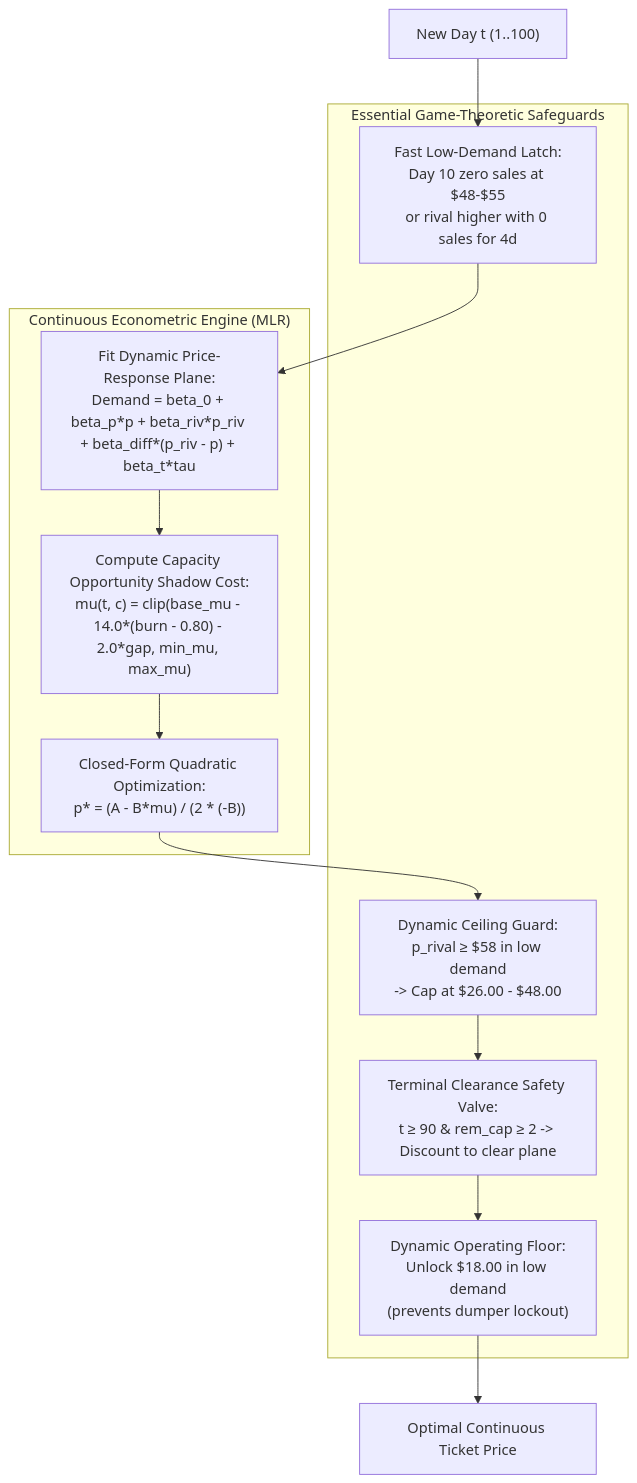
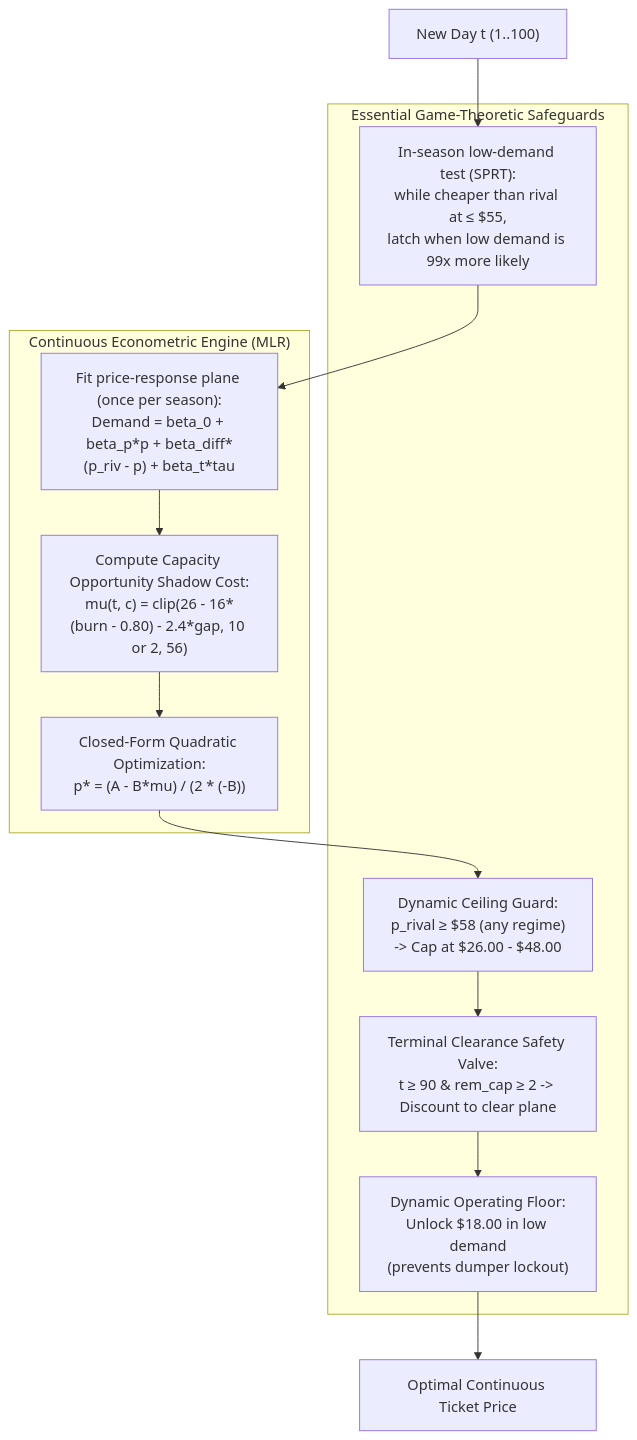
One commit to RamezCh/Learning-Optimization changed the fourth of 4 diagrams in PRESENTATION.md. Above: the diagram before and after it, drawn with Mermaid. The commit also changed other lines of this file and 28 other files, not shown here.

````diff
--- a/PRESENTATION.md
+++ b/PRESENTATION.md
@@ -176,17 +196,17 @@
 ```mermaid
 flowchart TD
     subgraph "Essential Game-Theoretic Safeguards"
-        G1["Fast Low-Demand Latch:<br/>Day 10 zero sales at $48-$55<br/>or rival higher with 0 sales for 4d"]
-        G2["Dynamic Ceiling Guard:<br/>p_rival ≥ $58 in low demand<br/>-> Cap at $26.00 - $48.00"]
+        G1["In-season low-demand test (SPRT):<br/>while cheaper than rival at ≤ $55,<br/>latch when low demand is 99x more likely"]
+        G2["Dynamic Ceiling Guard:<br/>p_rival ≥ $58 (any regime)<br/>-> Cap at $26.00 - $48.00"]
         G3["Dynamic Operating Floor:<br/>Unlock $18.00 in low demand<br/>(prevents dumper lockout)"]
         G4["Terminal Clearance Safety Valve:<br/>t ≥ 90 & rem_cap ≥ 2 -> Discount to clear plane"]
     end
 
     subgraph "Continuous Econometric Engine (MLR)"
-        M1["Fit Dynamic Price-Response Plane:<br/>Demand = beta_0 + beta_p*p + beta_riv*p_riv + beta_diff*(p_riv - p) + beta_t*tau"]
-        M2["Compute Capacity Opportunity Shadow Cost:<br/>mu(t, c) = clip(base_mu - 14.0*(burn - 0.80) - 2.0*gap, min_mu, max_mu)"]
+        M1["Fit price-response plane (once per season):<br/>Demand = beta_0 + beta_p*p + beta_diff*(p_riv - p) + beta_t*tau"]
+        M2["Compute Capacity Opportunity Shadow Cost:<br/>mu(t, c) = clip(26 - 16*(burn - 0.80) - 2.4*gap, 10 or 2, 56)"]
         M3["Closed-Form Quadratic Optimization:<br/>p* = (A - B*mu) / (2 * (-B))"]
     end
 
     Input["New Day t (1..100)"] --> G1 --> M1 --> M2 --> M3 --> G2 --> G4 --> G3 --> Output["Optimal Continuous Ticket Price"]
 ```
````
